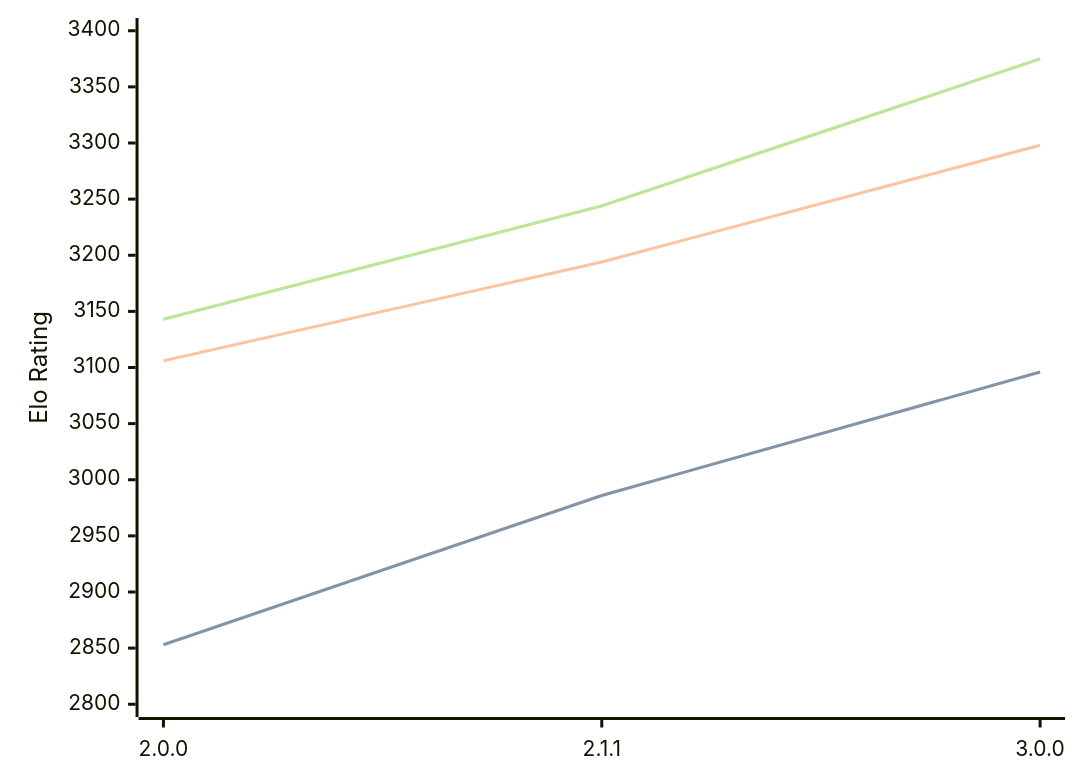
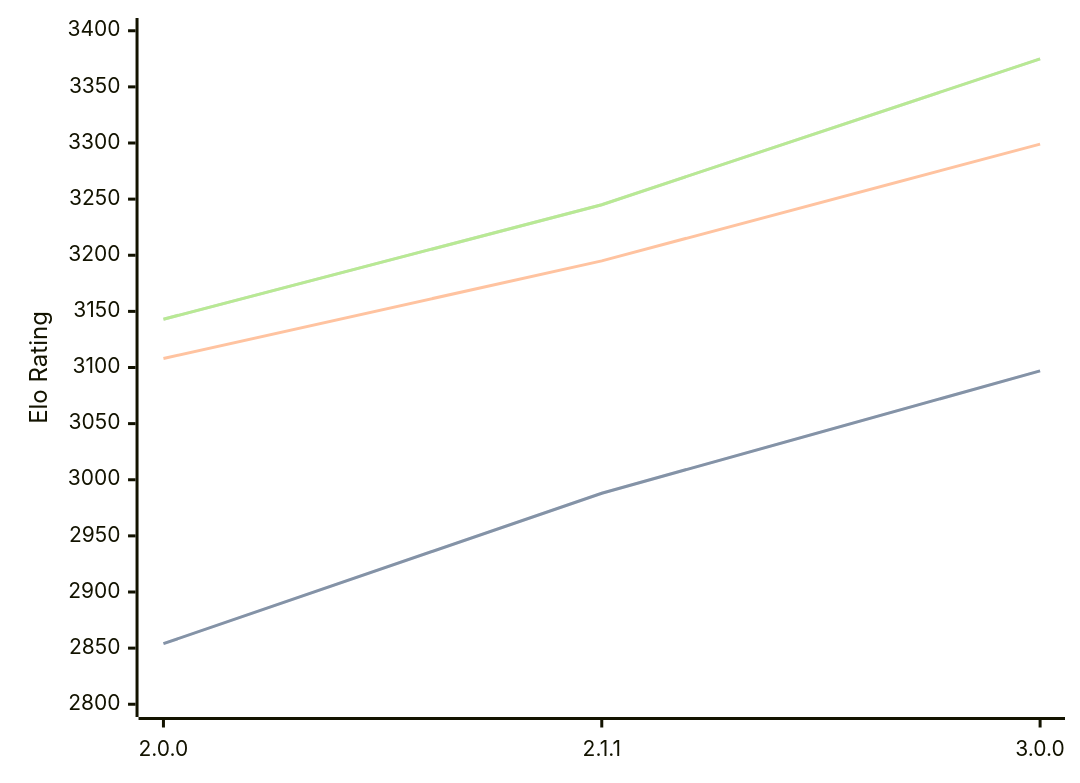
Before and after one commit to computer-chess-index/cci: the first of 3 diagrams in engines/Bread.md, drawn with Mermaid. The commit also changed other lines of this file, not shown here.

Commit message:
Update CCI Ratings (ELO VLTC) - 2026-07-13

````diff
--- a/engines/Bread.md
+++ b/engines/Bread.md
@@ -53,11 +53,11 @@
 ```mermaid
 %%{init: {"theme":"base","themeVariables":{"seriesColors:['#a3a3a3','#222221','#faa371']}}}%%
 xychart-beta
   x-axis ["2.0.0", "2.1.1", "3.0.0"]
   y-axis "Elo Rating" 2800 --> 3400
-  line "STC (8.0+0.08s)" [2853, 2986, 3096]
-  line "STC (8.0+0.08s)" [2853, 2986, 3096]
-  line "LTC (60.0+0.60s)" [3106, 3194, 3298]
-  line "VLTC (2m24s+1.12s)" [3143, 3244, 3375]
-  line "VLTC (2m24s+1.12s)" [3143, 3244, 3375]
+  line "STC (8.0+0.08s)" [2854, 2988, 3097]
+  line "STC (8.0+0.08s)" [2854, 2988, 3097]
+  line "LTC (60.0+0.60s)" [3108, 3195, 3299]
+  line "VLTC (2m24s+1.12s)" [3143, 3245, 3375]
+  line "VLTC (2m24s+1.12s)" [3143, 3245, 3375]
 ```
````
